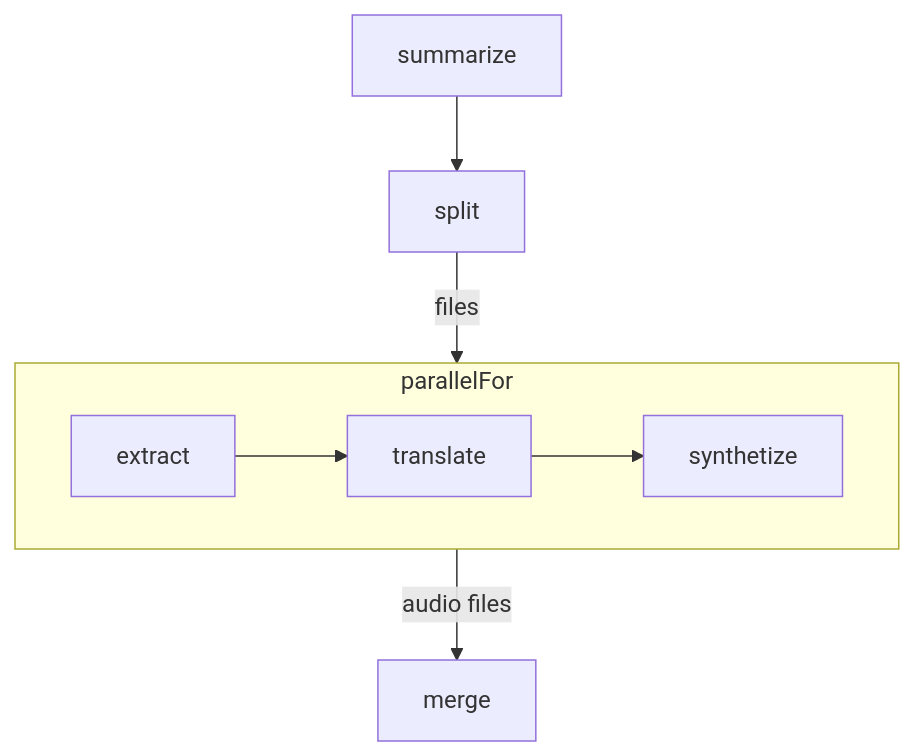
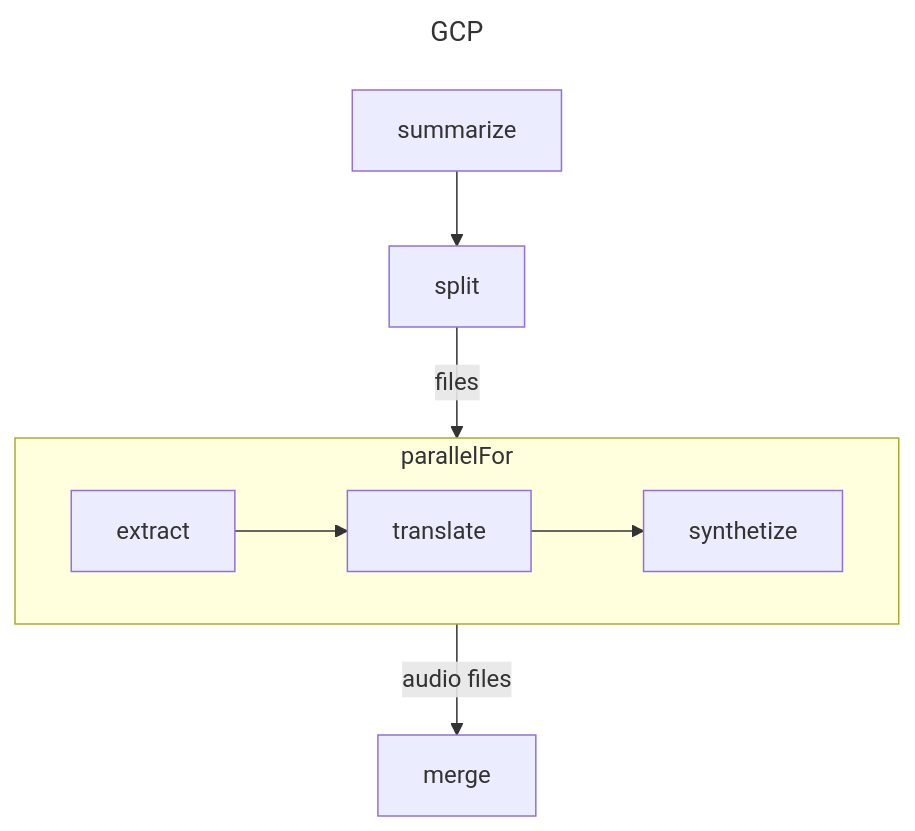
The second of 4 diagrams in Documentation/pdf2Speech/notes.md (emanuelegoldin/DAECC-Text-Summarizer), drawn with Mermaid before and after one commit. The commit also changed other lines of this file, not shown here.

Commit message:
Add GCP and AWS workflow diagrams

````diff
--- a/Documentation/pdf2Speech/notes.md
+++ b/Documentation/pdf2Speech/notes.md
@@ -197,8 +197,12 @@
 ```mermaid
+---
+title: GCP
+---
+
 graph TB
     summarize --> split -- files --> parallelFor
     subgraph parallelFor
         extract -->  translate --> synthetize
     end
     parallelFor -- audio files --> merge
 ```
````
